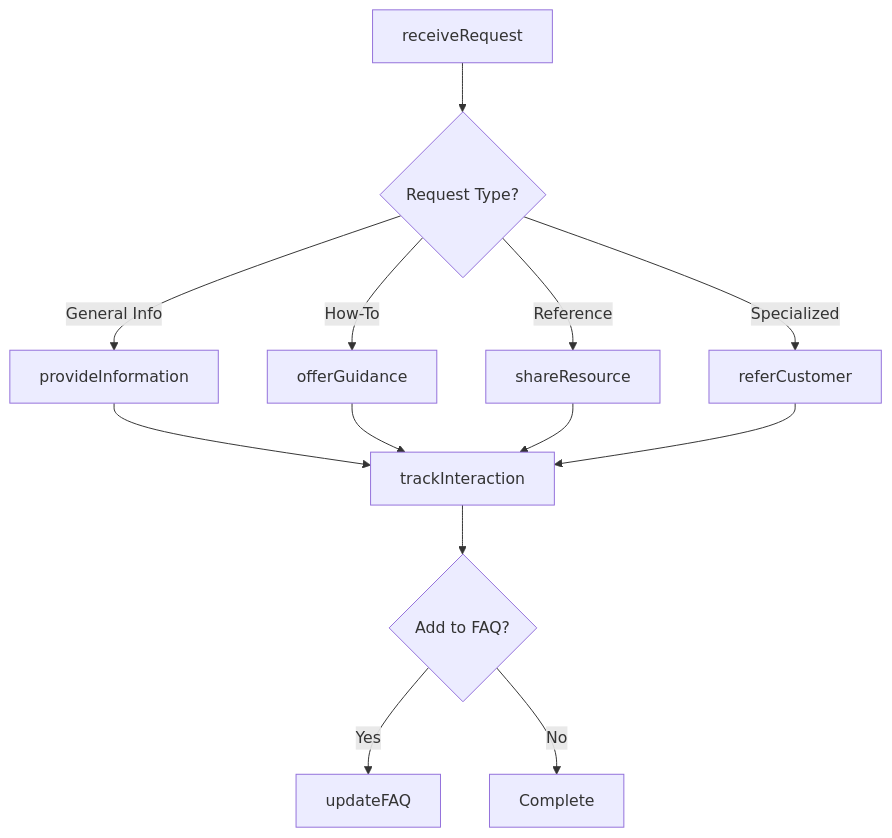
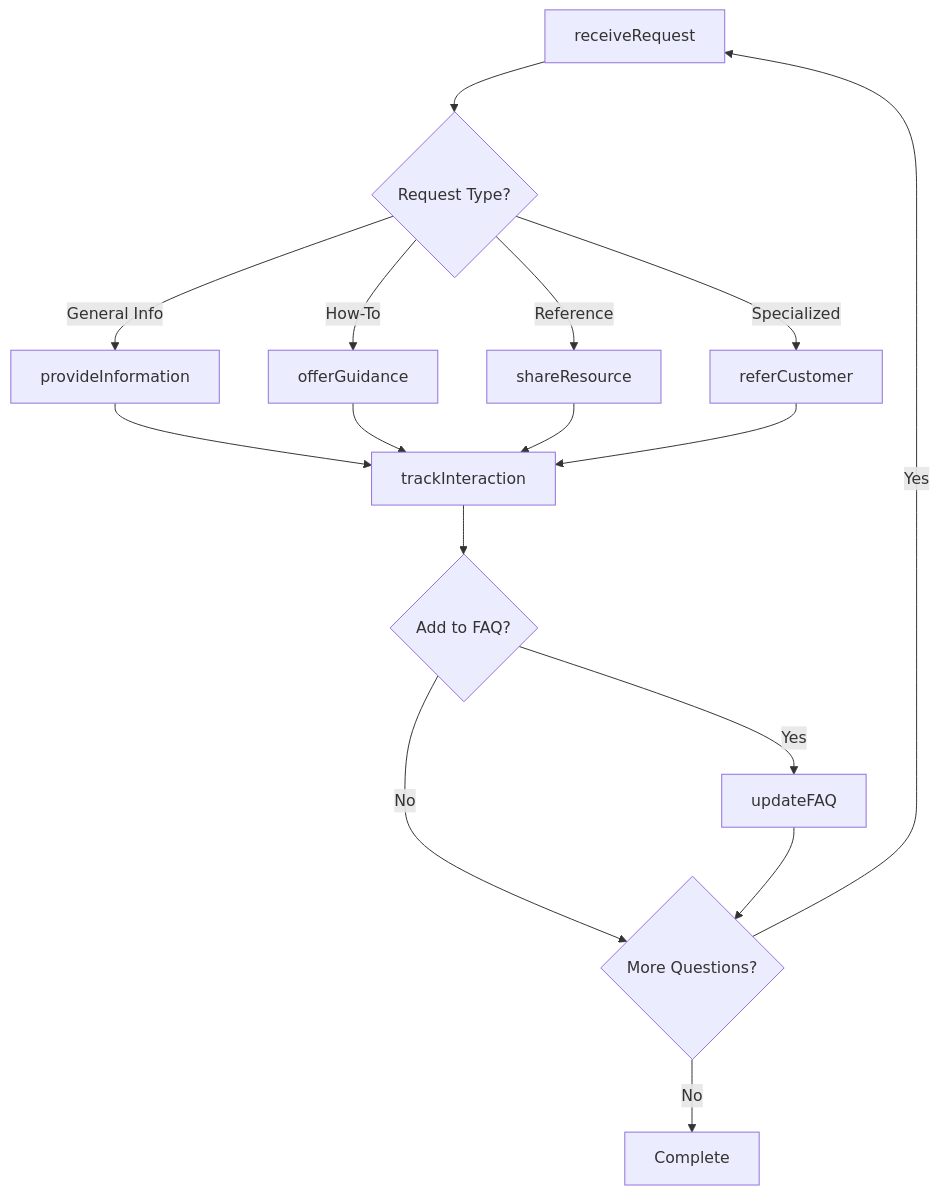
One commit to dot-org-ai/tasks.org.ai changed the third of 4 diagrams in CommunicatingWithPeopleOutsideTheOrganization/ProvideInformationToGuestsClientsOrCustomers/ProvideCustomersGeneralInformationAssistance.mdx. Above: the diagram before and after it, drawn with Mermaid. The commit also changed other lines of this file and 504 other files, not shown here.

First line of the commit message:
feat: Add ER diagrams, state diagrams, and workflow improvements to 96 DWA task files

````diff
--- a/CommunicatingWithPeopleOutsideTheOrganization/ProvideInformationToGuestsClientsOrCustomers/ProvideCustomersGeneralInformationAssistance.mdx
+++ b/CommunicatingWithPeopleOutsideTheOrganization/ProvideInformationToGuestsClientsOrCustomers/ProvideCustomersGeneralInformationAssistance.mdx
@@ -87,15 +117,18 @@
 ```mermaid
 graph TD
     A[receiveRequest] --> B{Request Type?}
     B -->|General Info| C[provideInformation]
     B -->|How-To| D[offerGuidance]
     B -->|Reference| E[shareResource]
     B -->|Specialized| F[referCustomer]
     C --> G[trackInteraction]
     D --> G
     E --> G
     F --> G
     G --> H{Add to FAQ?}
     H -->|Yes| I[updateFAQ]
-    H -->|No| J[Complete]
+    H -->|No| J{More Questions?}
+    I --> J
+    J -->|Yes| A
+    J -->|No| K[Complete]
 ```
````
